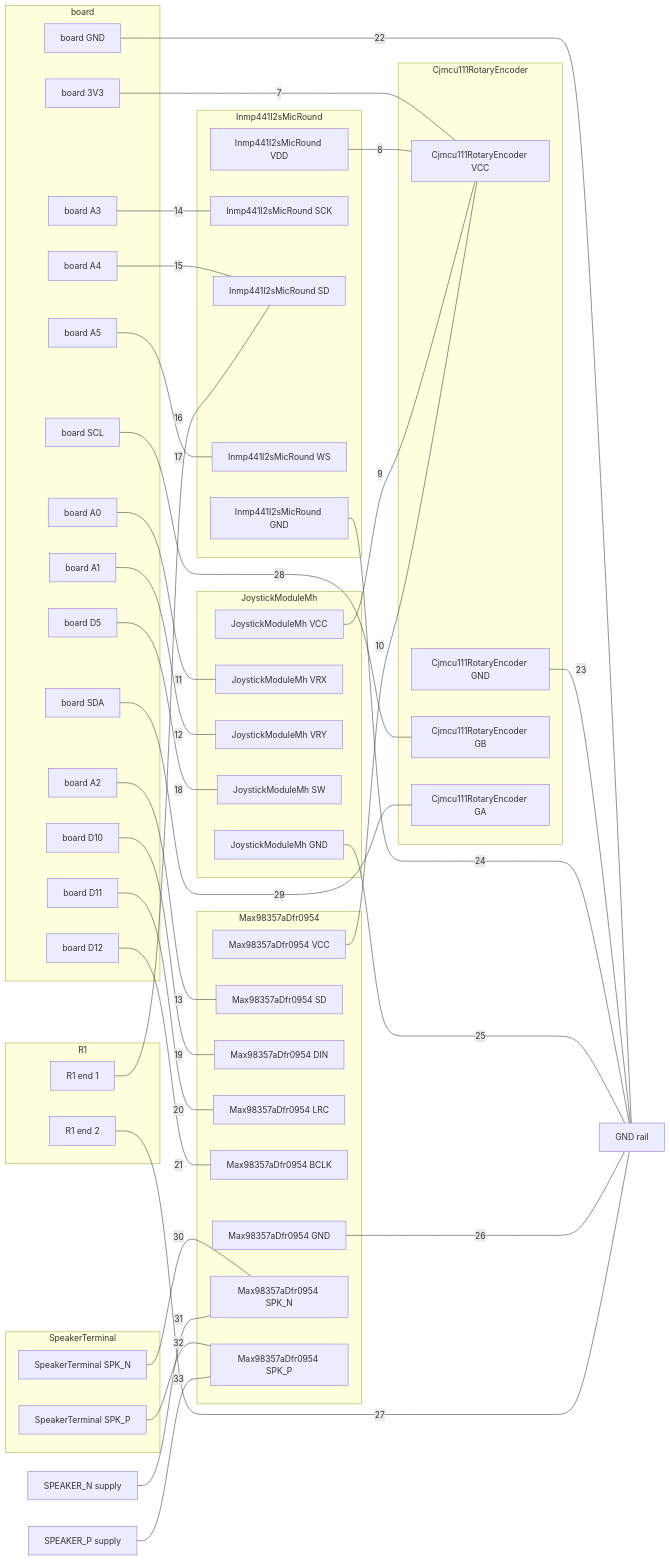
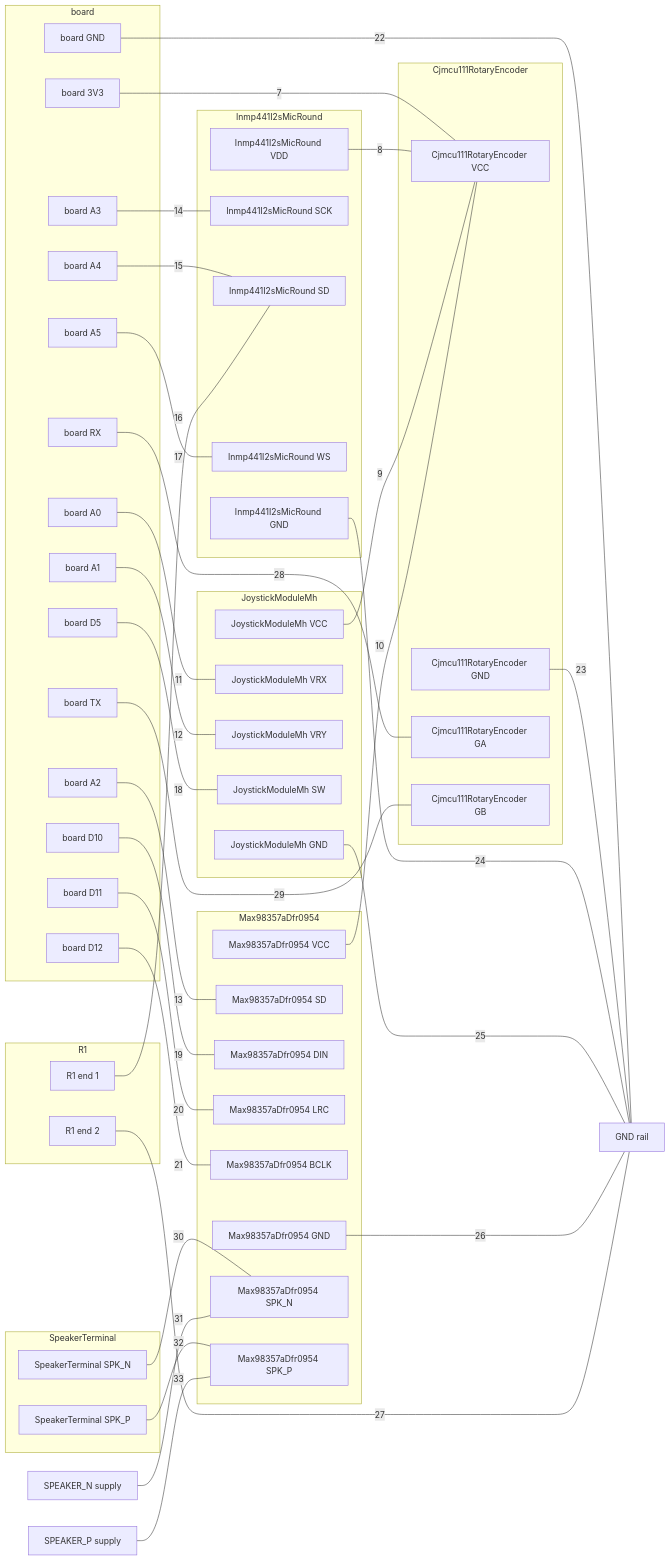
Before and after one commit to xmejkal/pixel-games: the diagram in build/breadboard.md, drawn with Mermaid. The commit also changed other lines of this file and 8 other files, not shown here.

First line of the commit message:
P757: the encoder moves from the pads SDA and SCL to the pads RX and TX

```diff
--- a/build/breadboard.md
+++ b/build/breadboard.md
@@ -91,14 +80,14 @@
     n10["board D11"]
     n11["board D12"]
     n12["board GND"]
-    n13["board SCL"]
-    n14["board SDA"]
+    n13["board RX"]
+    n14["board TX"]
   end
   subgraph g2["Cjmcu111RotaryEncoder"]
     n15["Cjmcu111RotaryEncoder VCC"]
     n16["Cjmcu111RotaryEncoder GND"]
-    n17["Cjmcu111RotaryEncoder GB"]
-    n18["Cjmcu111RotaryEncoder GA"]
+    n17["Cjmcu111RotaryEncoder GA"]
+    n18["Cjmcu111RotaryEncoder GB"]
   end
   subgraph g3["Inmp441I2sMicRound"]
     n19["Inmp441I2sMicRound VDD"]
```
